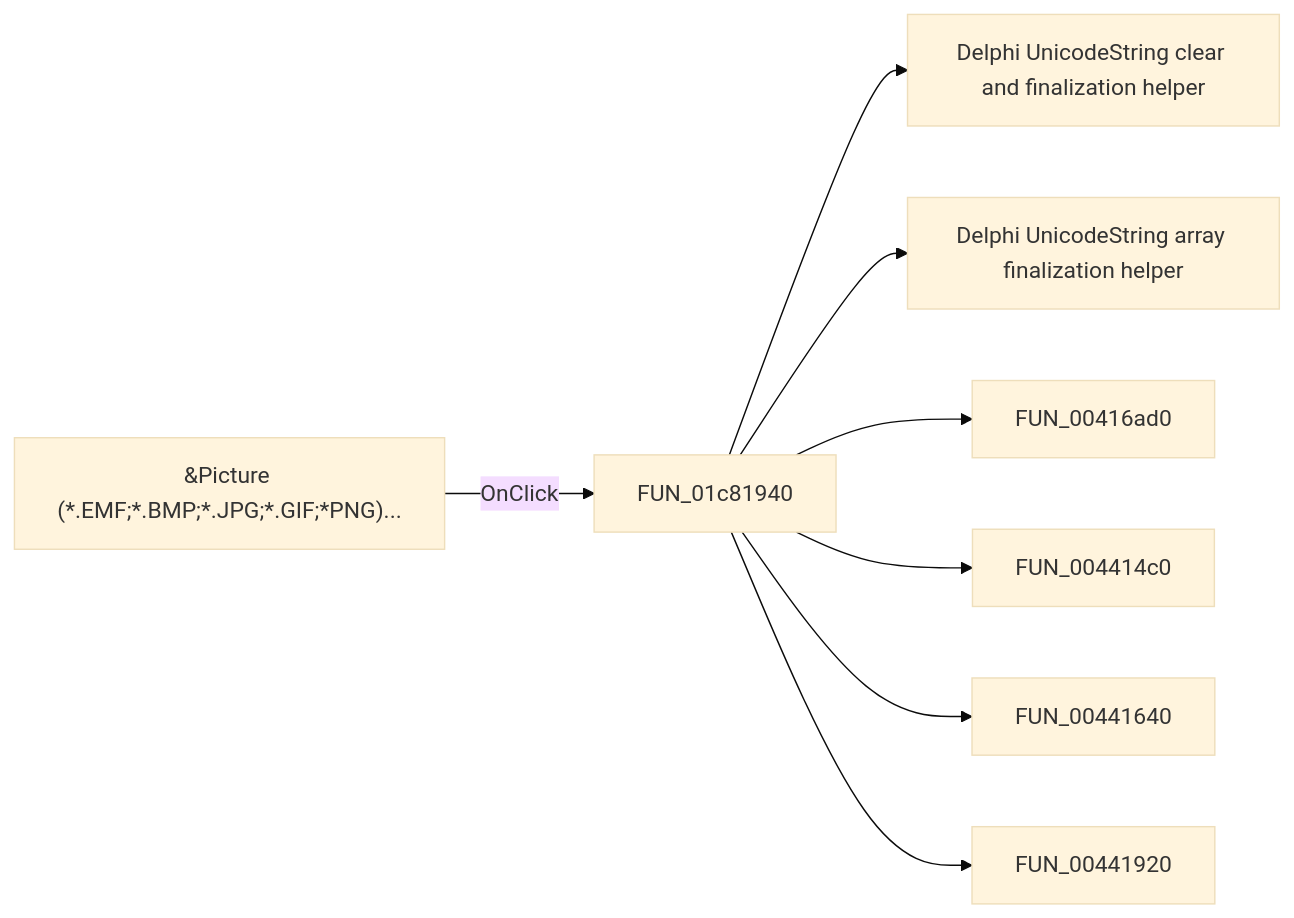
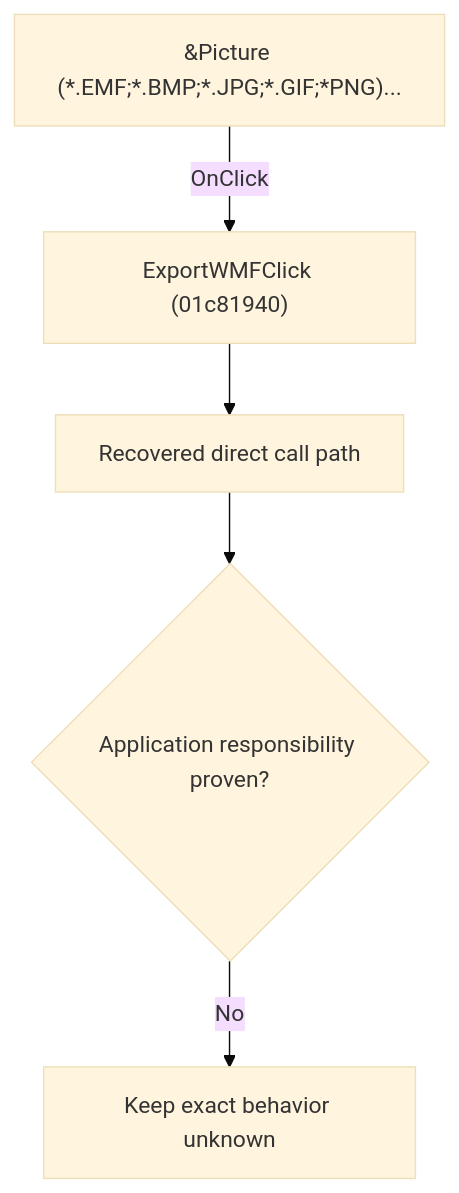
Before and after one commit to MovGP0/TIARA: the diagram in docs/ui-controls/schematiceditor/exportwmf-5719581c2f.md, drawn with Mermaid (base theme). The commit also changed other lines of this file and 1062 other files, not shown here.

````diff
--- a/docs/ui-controls/schematiceditor/exportwmf-5719581c2f.md
+++ b/docs/ui-controls/schematiceditor/exportwmf-5719581c2f.md
@@ -27,10 +27,7 @@
 ```mermaid
-flowchart LR
-    control["&Picture (*.EMF;*.BMP;*.JPG;*.GIF;*PNG)..."] -->|OnClick| handler["FUN_01c81940"]
-    handler --> call1["Delphi UnicodeString clear and finalization helper"]
-    handler --> call2["Delphi UnicodeString array finalization helper"]
-    handler --> call3["FUN_00416ad0"]
-    handler --> call4["FUN_004414c0"]
-    handler --> call5["FUN_00441640"]
-    handler --> call6["FUN_00441920"]
+flowchart TD
+    control["&Picture (*.EMF;*.BMP;*.JPG;*.GIF;*PNG)..."] -->|"OnClick"| handler["ExportWMFClick (01c81940)"]
+    handler --> recovered["Recovered direct call path"]
+    recovered --> gap{"Application responsibility proven?"}
+    gap -->|"No"| blocked["Keep exact behavior unknown"]
 ```
````
